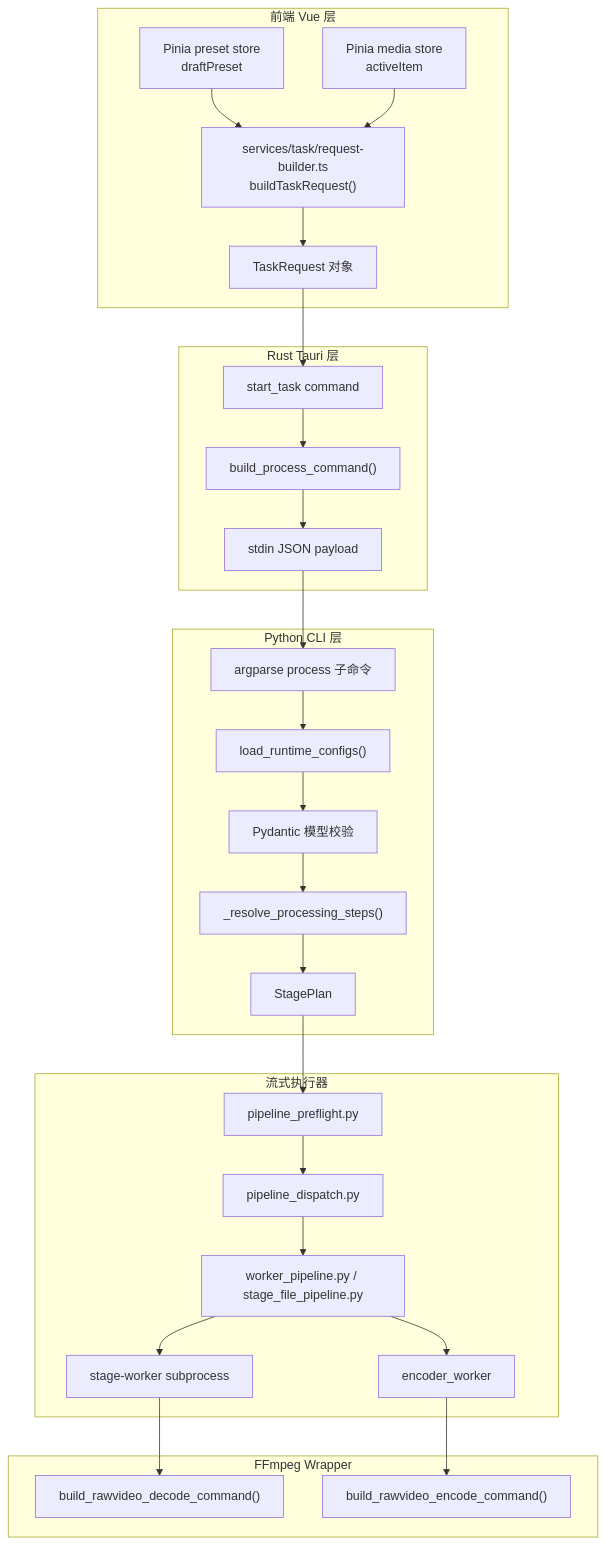
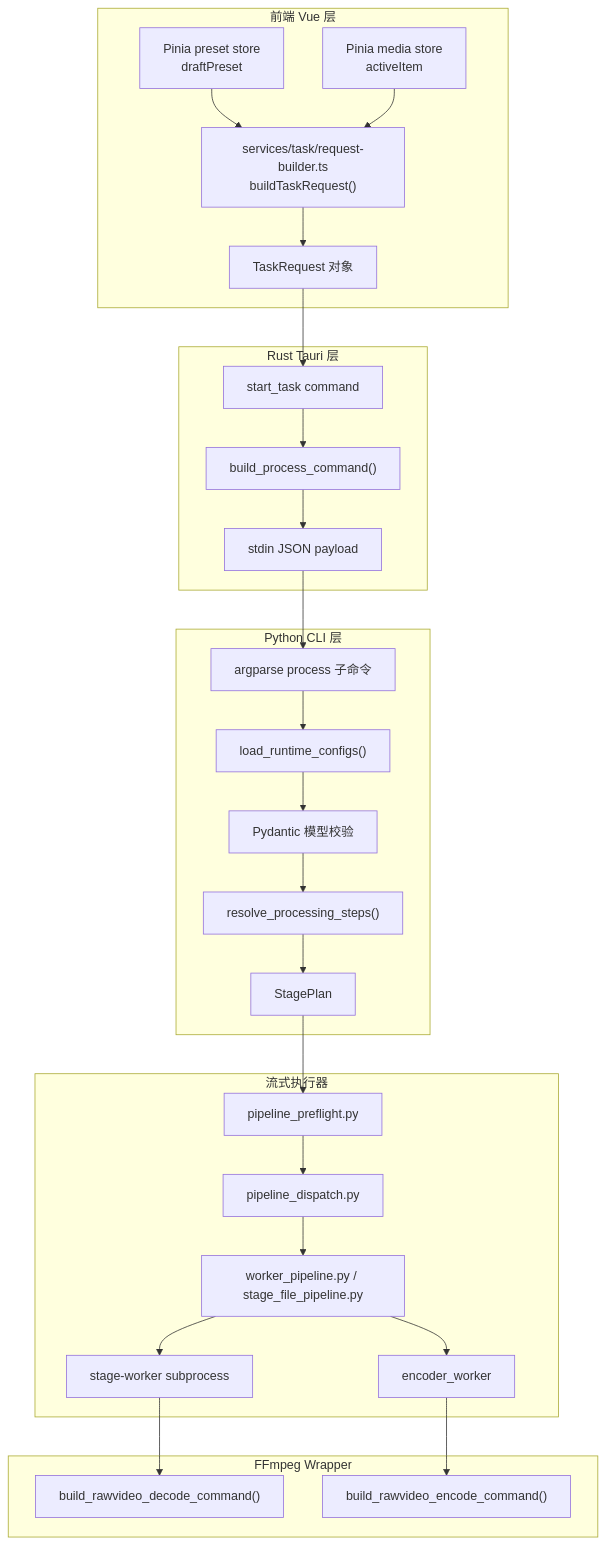
The first of 4 diagrams in docs/06-data-flow.md (youge325/vp), drawn with Mermaid before and after one commit. The commit also changed other lines of this file and 36 other files, not shown here.

````diff
--- a/docs/06-data-flow.md
+++ b/docs/06-data-flow.md
@@ -7,55 +7,55 @@
 ```mermaid
 graph TD
     subgraph FE["前端 Vue 层"]
         F1["Pinia preset store<br/>draftPreset"]
         F2["Pinia media store<br/>activeItem"]
         F3["services/task/request-builder.ts<br/>buildTaskRequest()"]
         F4["TaskRequest 对象"]
     end
 
     subgraph RS["Rust Tauri 层"]
         R1["start_task command"]
         R2["build_process_command()"]
         R3["stdin JSON payload"]
     end
 
     subgraph PY["Python CLI 层"]
         P1["argparse process 子命令"]
         P2["load_runtime_configs()"]
         P3["Pydantic 模型校验"]
-        P4["_resolve_processing_steps()"]
+        P4["resolve_processing_steps()"]
         P5["StagePlan"]
     end
 
     subgraph EX["流式执行器"]
         E1["pipeline_preflight.py"]
         E2["pipeline_dispatch.py"]
         E3["worker_pipeline.py / stage_file_pipeline.py"]
         E4["stage-worker subprocess"]
         E5["encoder_worker"]
     end
 
     subgraph FF["FFmpeg Wrapper"]
         FFD["build_rawvideo_decode_command()"]
         FFE["build_rawvideo_encode_command()"]
     end
 
     F1 --> F3
     F2 --> F3
     F3 --> F4
     F4 --> R1
     R1 --> R2
     R2 --> R3
     R3 --> P1
     P1 --> P2
     P2 --> P3
     P3 --> P4
     P4 --> P5
     P5 --> E1
     E1 --> E2
     E2 --> E3
     E3 --> E4
     E3 --> E5
     E4 --> FFD
     E5 --> FFE
 ```
````
